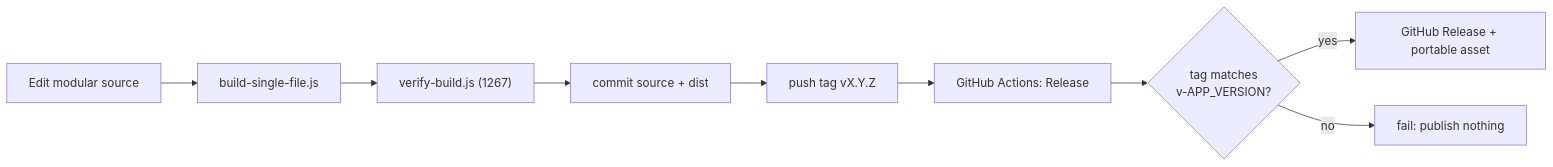
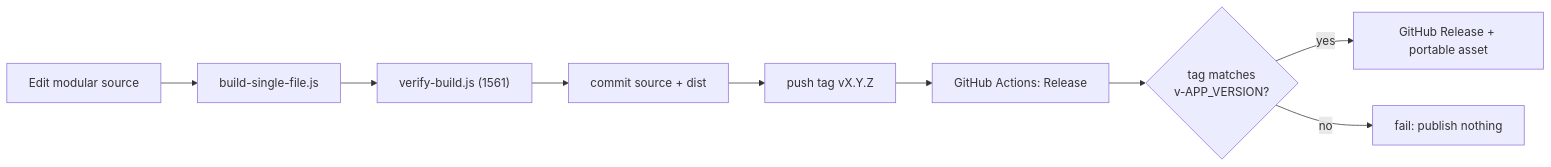
The second of 2 diagrams in README.md (fanoryu/TAM-Intelligence-OS), drawn with Mermaid before and after one commit. The commit also changed other lines of this file and 4 other files, not shown here.

````diff
--- a/README.md
+++ b/README.md
@@ -350,9 +351,9 @@
 ```mermaid
 flowchart LR
-  DEV["Edit modular source"] --> B["build-single-file.js"] --> V["verify-build.js (1267)"]
+  DEV["Edit modular source"] --> B["build-single-file.js"] --> V["verify-build.js (1561)"]
   V --> C["commit source + dist"] --> T["push tag vX.Y.Z"]
   T --> GA["GitHub Actions: Release"]
   GA --> GATE{"tag matches<br/>v-APP_VERSION?"}
   GATE -->|yes| REL["GitHub Release + portable asset"]
   GATE -->|no| STOP["fail: publish nothing"]
 ```
````
